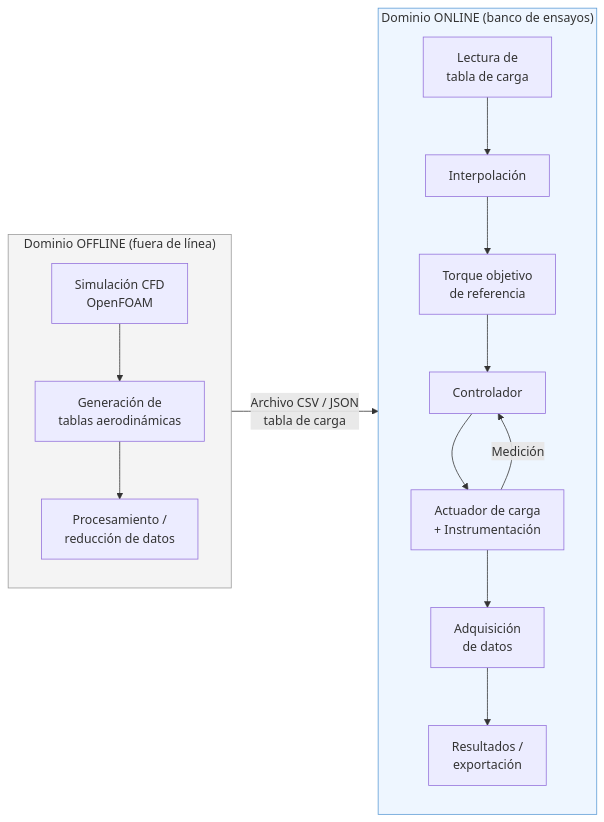
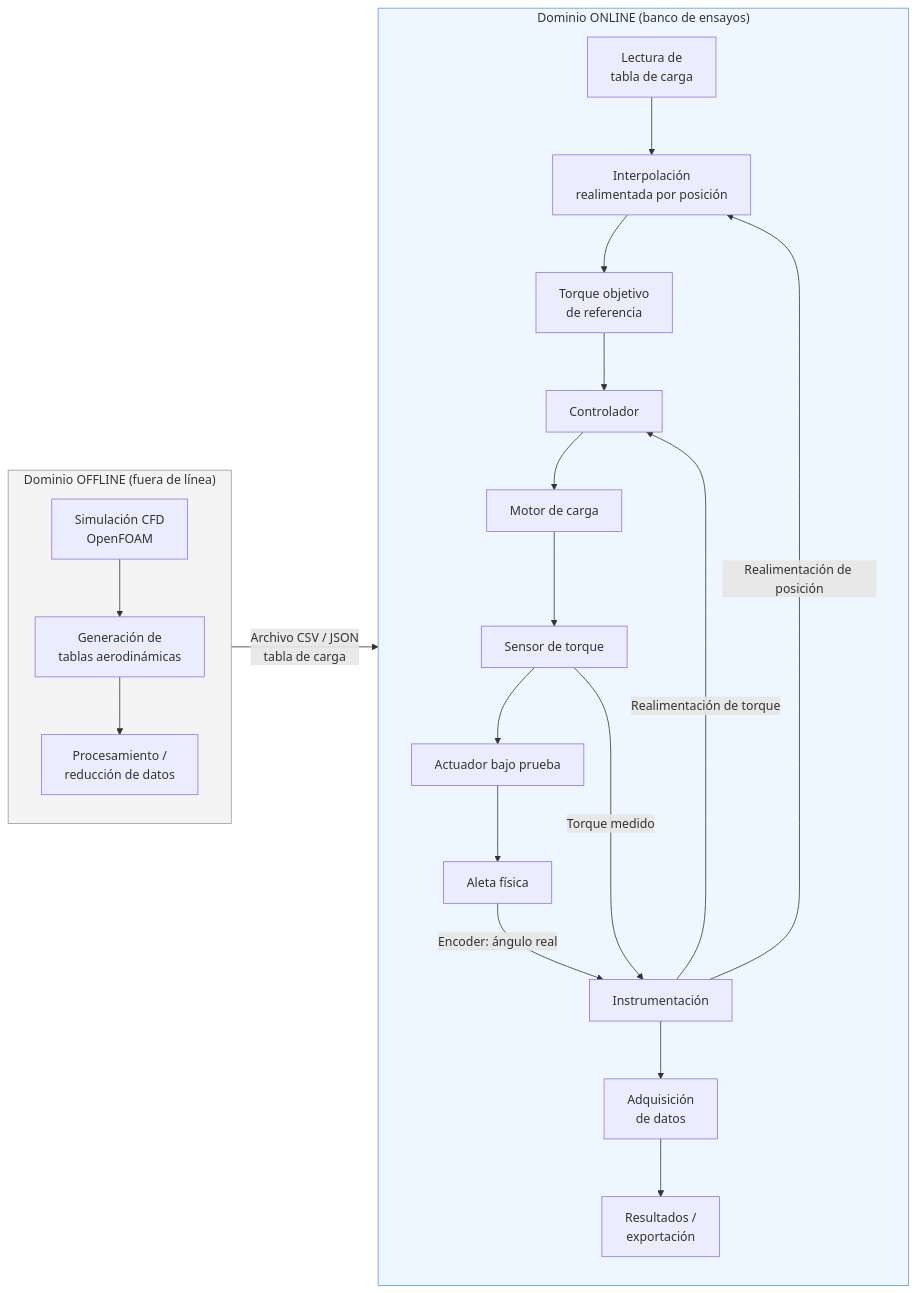
Before and after one commit to Pepe7150/Memoria: the first of 2 diagrams in 03_Requisitos/05_Arquitectura_del_Sistema.md, drawn with Mermaid. The commit also changed other lines of this file and 5 other files, not shown here.

````diff
--- a/03_Requisitos/05_Arquitectura_del_Sistema.md
+++ b/03_Requisitos/05_Arquitectura_del_Sistema.md
@@ -14,24 +18,30 @@
 ```mermaid
 flowchart LR
     subgraph OFFLINE["Dominio OFFLINE (fuera de línea)"]
         direction TB
         A[Simulación CFD<br/>OpenFOAM] --> B[Generación de<br/>tablas aerodinámicas]
         B --> C[Procesamiento /<br/>reducción de datos]
     end
 
     C -->|Archivo CSV / JSON<br/>tabla de carga| D
 
     subgraph ONLINE["Dominio ONLINE (banco de ensayos)"]
         direction TB
-        D[Lectura de<br/>tabla de carga] --> E[Interpolación]
+        D[Lectura de<br/>tabla de carga] --> E[Interpolación<br/>realimentada por posición]
         E --> F[Torque objetivo<br/>de referencia]
         F --> G[Controlador]
-        G --> H[Actuador de carga<br/>+ Instrumentación]
-        H -->|Medición| G
-        H --> I[Adquisición<br/>de datos]
+        G --> H[Motor de carga]
+        H --> S[Sensor de torque]
+        S --> ACT[Actuador bajo prueba]
+        ACT --> AL[Aleta física]
+        AL -->|Encoder: ángulo real| ENC[Instrumentación]
+        S -->|Torque medido| ENC
+        ENC -->|Realimentación de torque| G
+        ENC -->|Realimentación de posición| E
+        ENC --> I[Adquisición<br/>de datos]
         I --> J[Resultados /<br/>exportación]
     end
 
     style OFFLINE fill:#f4f4f4,stroke:#999
     style ONLINE fill:#eef6ff,stroke:#5b9bd5
 ```
````
